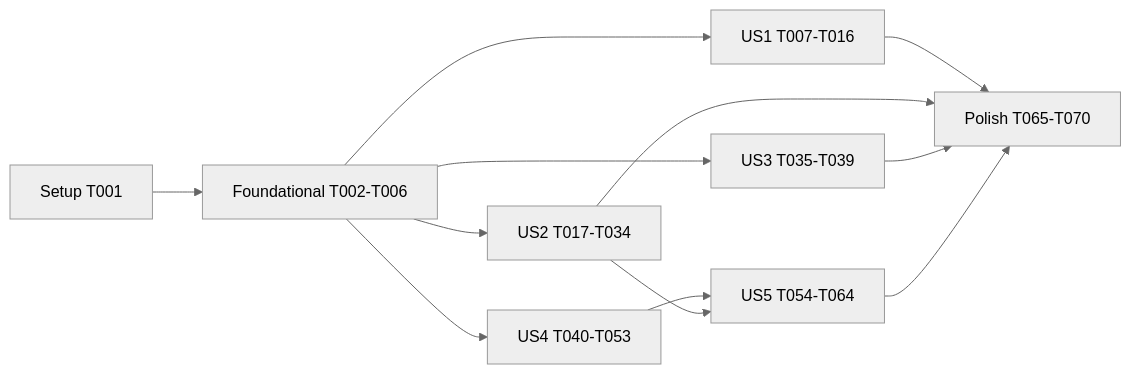
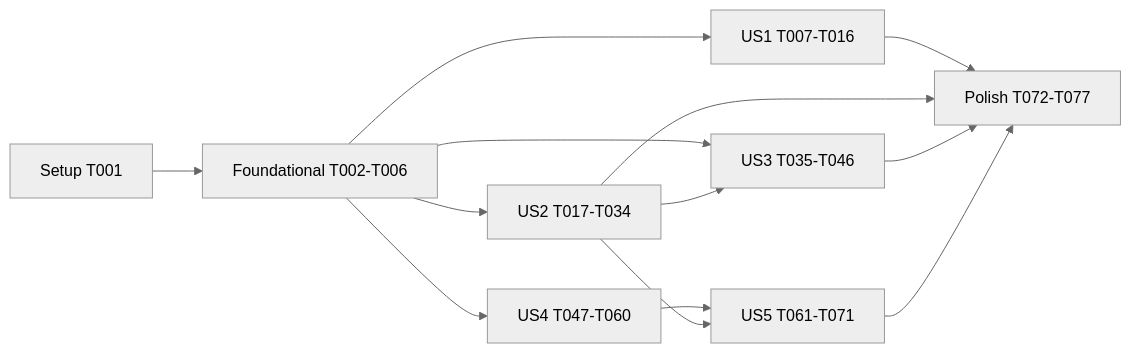
One commit to dantasgut/clayflow changed the diagram in specs/004-core-hardening/tasks.md. Above: the diagram before and after it, drawn with Mermaid (neutral theme). The commit also changed other lines of this file and 5 other files, not shown here.

````diff
--- a/specs/004-core-hardening/tasks.md
+++ b/specs/004-core-hardening/tasks.md
@@ -177,14 +185,15 @@
 ```mermaid
 graph LR
   S[Setup T001] --> F[Foundational T002-T006]
   F --> US1[US1 T007-T016]
   F --> US2[US2 T017-T034]
-  F --> US3[US3 T035-T039]
-  F --> US4[US4 T040-T053]
-  US4 --> US5[US5 T054-T064]
+  F --> US3[US3 T035-T046]
+  US2 --> US3
+  F --> US4[US4 T047-T060]
+  US4 --> US5[US5 T061-T071]
   US2 --> US5
-  US1 --> P[Polish T065-T070]
+  US1 --> P[Polish T072-T077]
   US2 --> P
   US3 --> P
   US5 --> P
 ```
````
